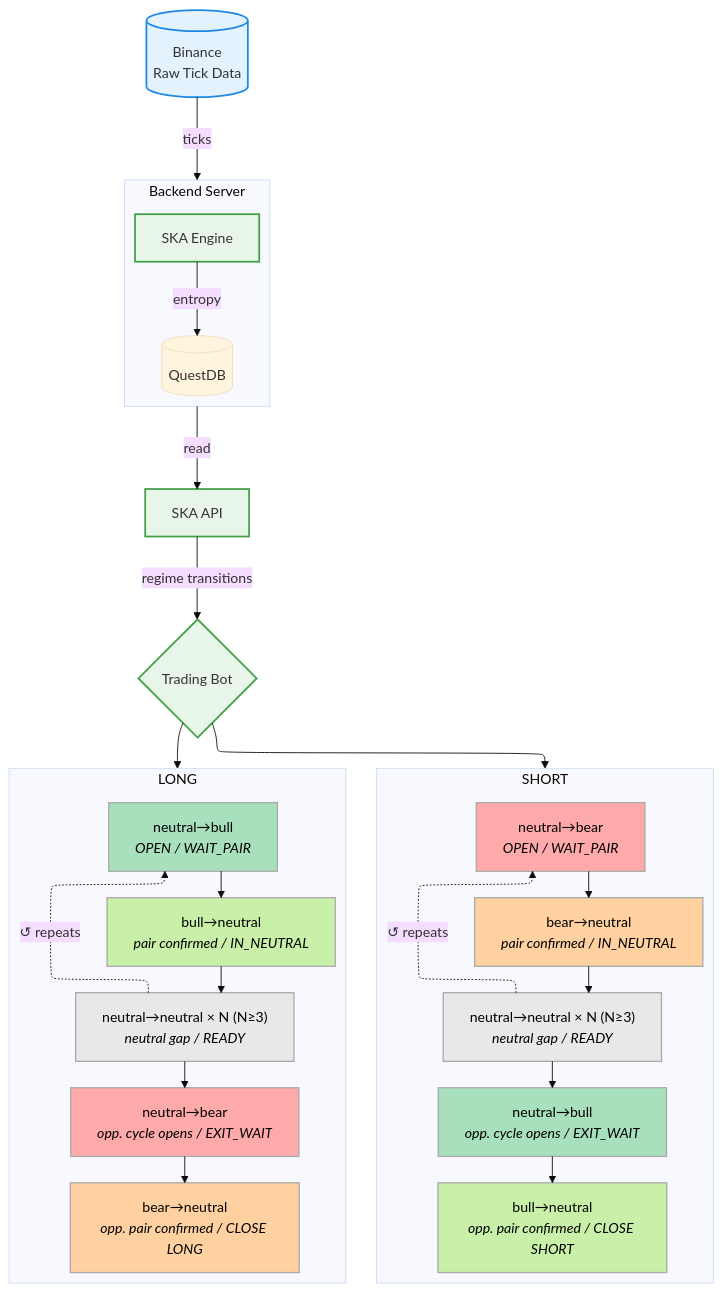
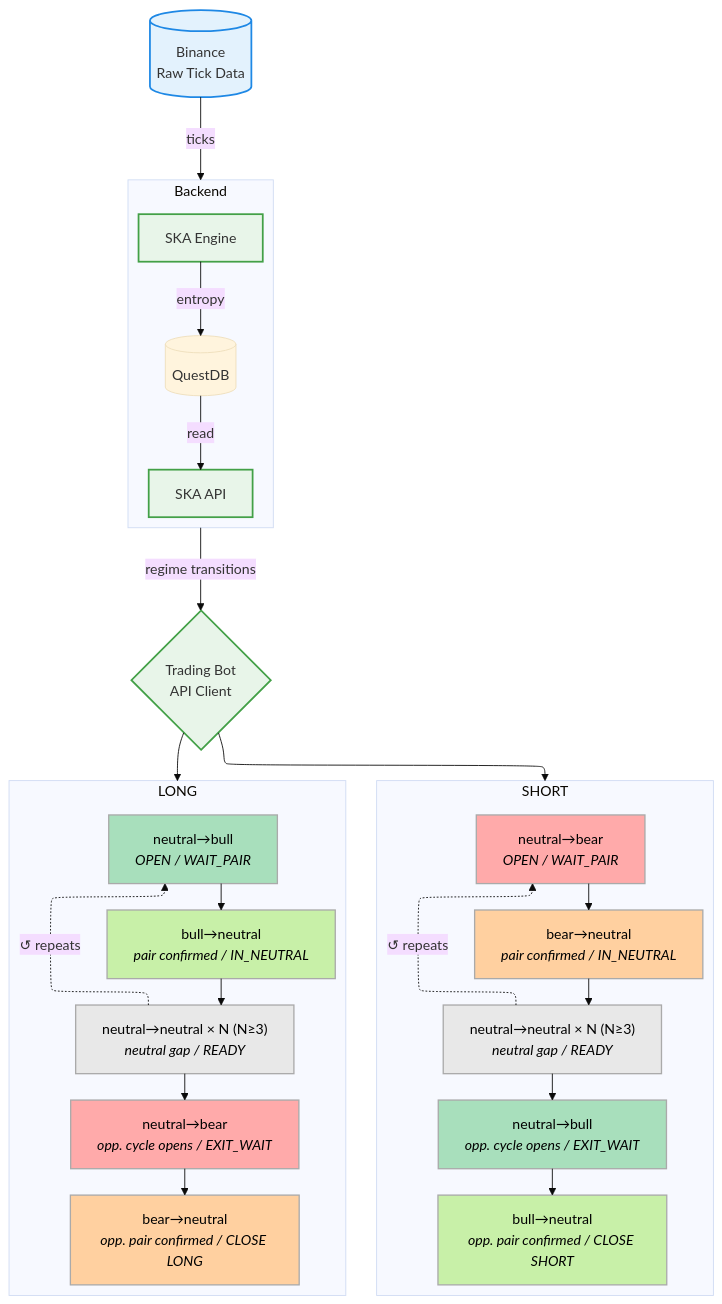
One commit to quantiota/SKA-Binance--API changed the diagram in README.md. Above: the diagram before and after it, drawn with Mermaid.

````diff
--- a/README.md
+++ b/README.md
@@ -31,75 +31,73 @@
 ```mermaid
 ---
 config:
   look: classic
   theme: base
   layout: elk
 ---
 flowchart TD
 
   BINANCE[(Binance\nRaw Tick Data)]
   API[SKA API]
-  BOT@{ shape: diamond, label: "Trading Bot" }
+  BOT@{ shape: diamond, label: "Trading Bot\nAPI Client" }
 
-  subgraph Backend["Backend Server"]
+  subgraph Backend["Backend"]
     direction TB
     ENGINE[SKA Engine]
-
     QDB[(QuestDB)]
-  
+    API[SKA API]
   end
 
   BINANCE -- "ticks" --> Backend
   ENGINE -- "entropy" --> QDB
-  
-  Backend -- "read" --> API
-  API -- "regime transitions" --> BOT
+  QDB -- "read" --> API
+  Backend -- "regime transitions" --> BOT
 
 BOT --> LONG
 BOT --> SHORT
 
     subgraph SHORT["SHORT"]
         direction TB
         S1["neutral→bear<br/><i>OPEN / WAIT_PAIR</i>"]
         S2["bear→neutral<br/><i>pair confirmed / IN_NEUTRAL</i>"]
         S3["neutral→neutral × N (N≥3)<br/><i>neutral gap / READY</i>"]
         S4["neutral→bull<br/><i>opp. cycle opens / EXIT_WAIT</i>"]
         S5["bull→neutral<br/><i>opp. pair confirmed / CLOSE SHORT</i>"]
         S1 --> S2 --> S3 --> S4 --> S5
         S3 -. "↺ repeats" .-> S1
     end
 
     subgraph LONG["LONG"]
         direction TB
         L1["neutral→bull<br/><i>OPEN / WAIT_PAIR</i>"]
         L2["bull→neutral<br/><i>pair confirmed / IN_NEUTRAL</i>"]
         L3["neutral→neutral × N (N≥3)<br/><i>neutral gap / READY</i>"]
         L4["neutral→bear<br/><i>opp. cycle opens / EXIT_WAIT</i>"]
         L5["bear→neutral<br/><i>opp. pair confirmed / CLOSE LONG</i>"]
         L1 --> L2 --> L3 --> L4 --> L5
         L3 -. "↺ repeats" .-> L1
     end
 
     classDef data      fill:#E3F2FD,stroke:#1E88E5,stroke-width:2px;
     classDef process   fill:#E8F5E9,stroke:#43A047,stroke-width:2px;
     classDef longOpen  fill:#A8DFBC,stroke:#AAAAAA,color:#000,stroke-width:1.5px;
     classDef longPair  fill:#C8F0A8,stroke:#AAAAAA,color:#000,stroke-width:1.5px;
     classDef shortOpen fill:#FFAAAA,stroke:#AAAAAA,color:#000,stroke-width:1.5px;
     classDef shortPair fill:#FFD0A0,stroke:#AAAAAA,color:#000,stroke-width:1.5px;
     classDef neutral   fill:#E8E8E8,stroke:#AAAAAA,color:#000,stroke-width:1.5px;
 
     class BINANCE data;
     class ENGINE process;
     class API,BOT process;
 
     class L1 longOpen;
     class L2 longPair;
     class L3 neutral;
     class L4 shortOpen;
     class L5 shortPair;
     class S1 shortOpen;
     class S2 shortPair;
     class S3 neutral;
     class S4 longOpen;
     class S5 longPair;
 ```
````
